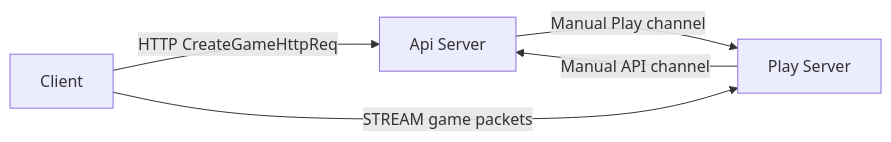
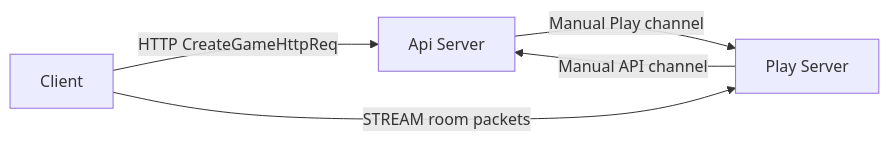
Before and after one commit to kairos-code-dev/zlink: the first of 4 diagrams in framework/doc/spec/sample/tictactoe/README.ko.md, drawn with Mermaid. The commit also changed other lines of this file and 2 other files, not shown here.

Commit message:
Document common sample play architecture

````diff
--- a/framework/doc/spec/sample/tictactoe/README.ko.md
+++ b/framework/doc/spec/sample/tictactoe/README.ko.md
@@ -29,11 +29,11 @@
 ```mermaid
 graph LR
     C[Client]
     API[Api Server]
     PLAY[Play Server]
 
     C -->|HTTP CreateGameHttpReq| API
     API -->|Manual Play channel| PLAY
     PLAY -->|Manual API channel| API
-    C -->|STREAM game packets| PLAY
+    C -->|STREAM room packets| PLAY
 ```
````
